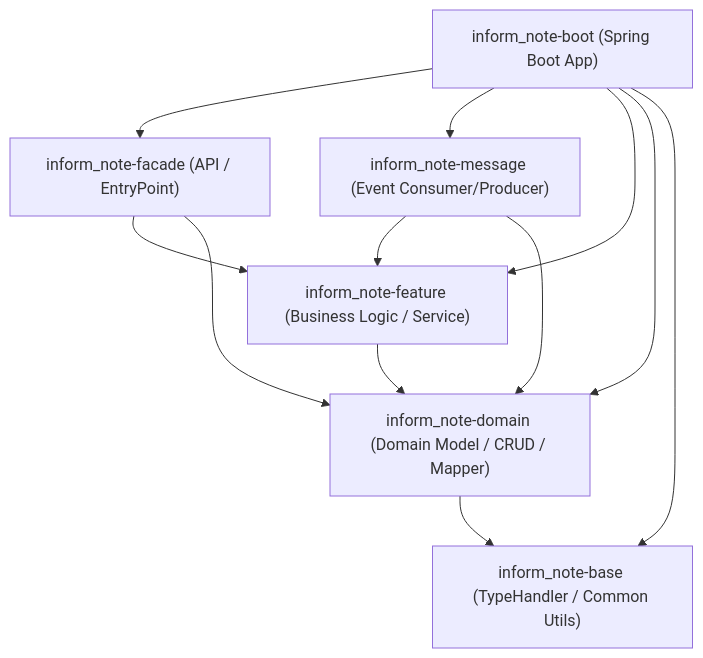
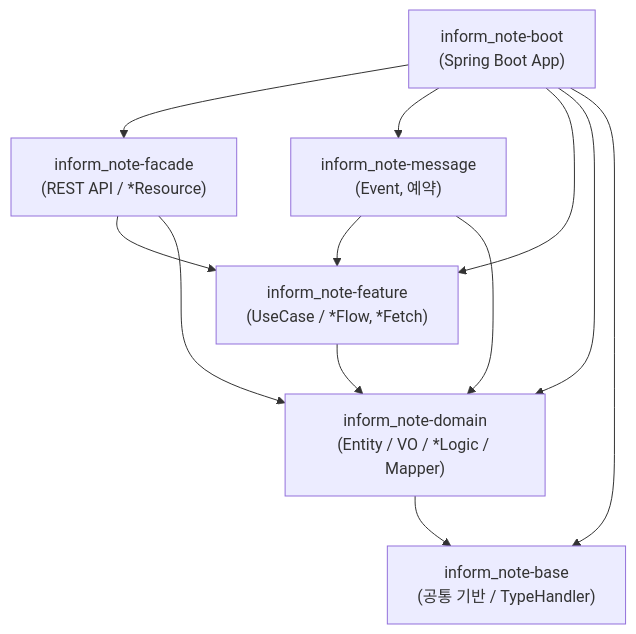
The diagram in README.md (reboot0501/inform-note), drawn with Mermaid before and after one commit. The commit also changed other lines of this file and 4 other files, not shown here.

````diff
--- a/README.md
+++ b/README.md
@@ -20,24 +81,21 @@
 ```mermaid
 graph TD
-    Boot["inform_note-boot (Spring Boot App)"]
-    Facade["inform_note-facade (API / EntryPoint)"]
-    Message["inform_note-message (Event Consumer/Producer)"]
-    Feature["inform_note-feature (Business Logic / Service)"]
-    Domain["inform_note-domain (Domain Model / CRUD / Mapper)"]
-    Base["inform_note-base (TypeHandler / Common Utils)"]
+    Boot["inform_note-boot<br/>(Spring Boot App)"]
+    Facade["inform_note-facade<br/>(REST API / *Resource)"]
+    Message["inform_note-message<br/>(Event, 예약)"]
+    Feature["inform_note-feature<br/>(UseCase / *Flow, *Fetch)"]
+    Domain["inform_note-domain<br/>(Entity / VO / *Logic / Mapper)"]
+    Base["inform_note-base<br/>(공통 기반 / TypeHandler)"]
 
     Boot --> Facade
     Boot --> Message
     Boot --> Feature
     Boot --> Domain
     Boot --> Base
-
     Facade --> Feature
     Facade --> Domain
-
     Message --> Feature
     Message --> Domain
-
     Feature --> Domain
     Domain --> Base
 ```
````
